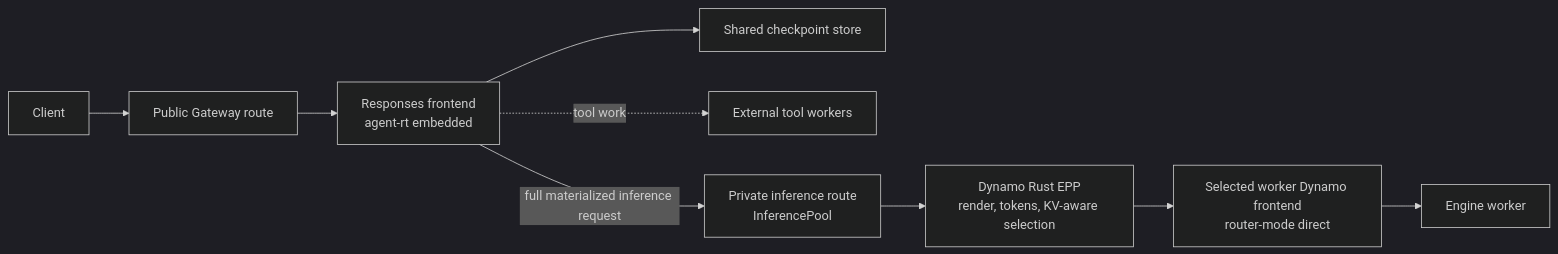
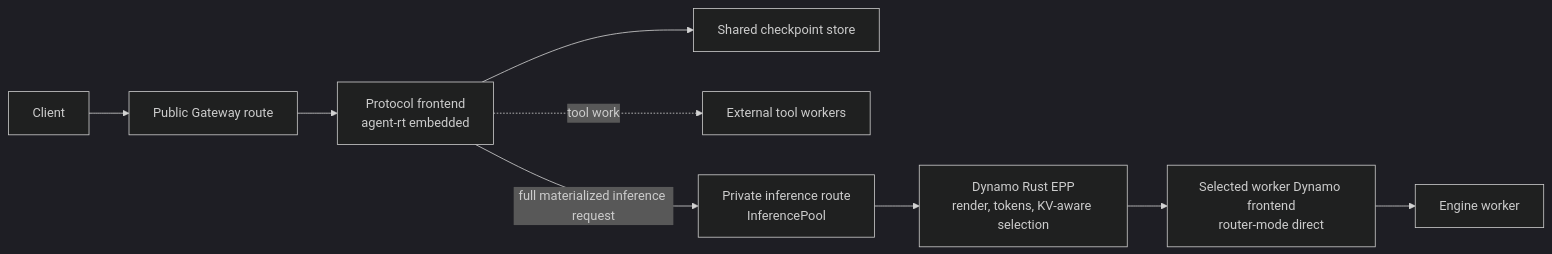
Before and after one commit to ai-dynamo/dynamo: the second of 3 diagrams in docs/design/stateful-agent-runtime.md, drawn with Mermaid (dark theme). The commit also changed other lines of this file, not shown here.

````diff
--- a/docs/design/stateful-agent-runtime.md
+++ b/docs/design/stateful-agent-runtime.md
@@ -146,11 +159,11 @@
 ```mermaid
 flowchart LR
   C["Client"] --> G1["Public Gateway route"]
-  G1 --> F["Responses frontend\nagent-rt embedded"]
+  G1 --> F["Protocol frontend\nagent-rt embedded"]
   F --> S["Shared checkpoint store"]
   F -. "tool work" .-> T["External tool workers"]
   F -->|"full materialized inference request"| G2["Private inference route\nInferencePool"]
   G2 --> E["Dynamo Rust EPP\nrender, tokens, KV-aware selection"]
   E --> DF["Selected worker Dynamo frontend\nrouter-mode direct"]
   DF --> W["Engine worker"]
 ```
````
